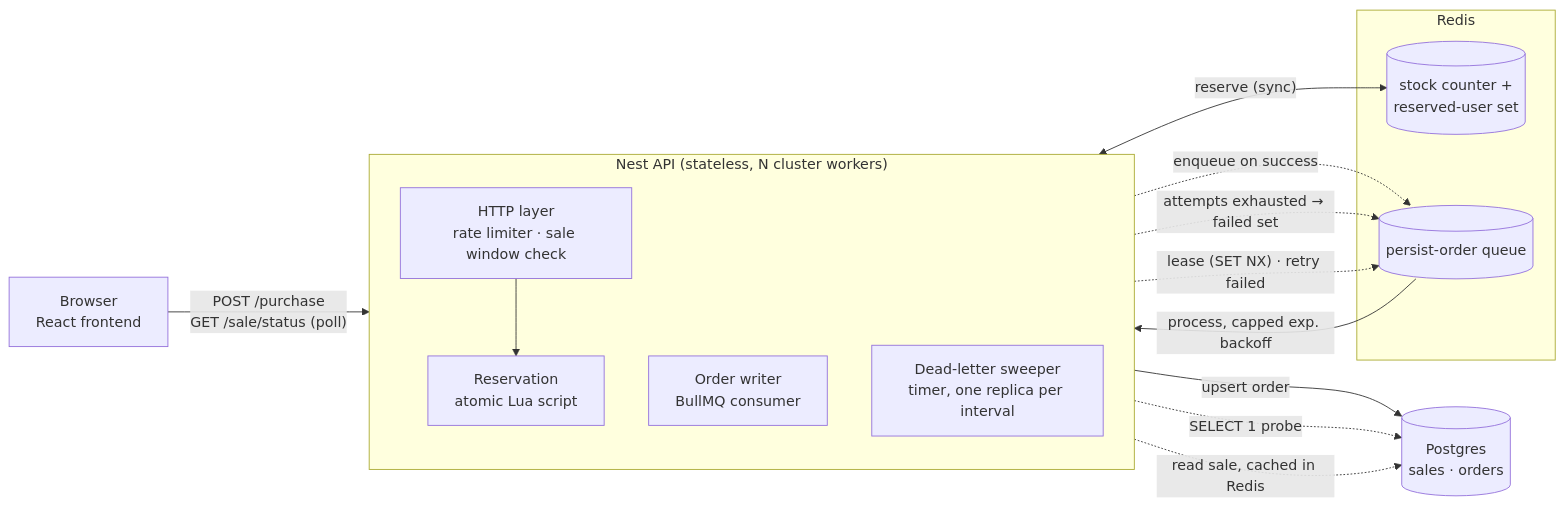
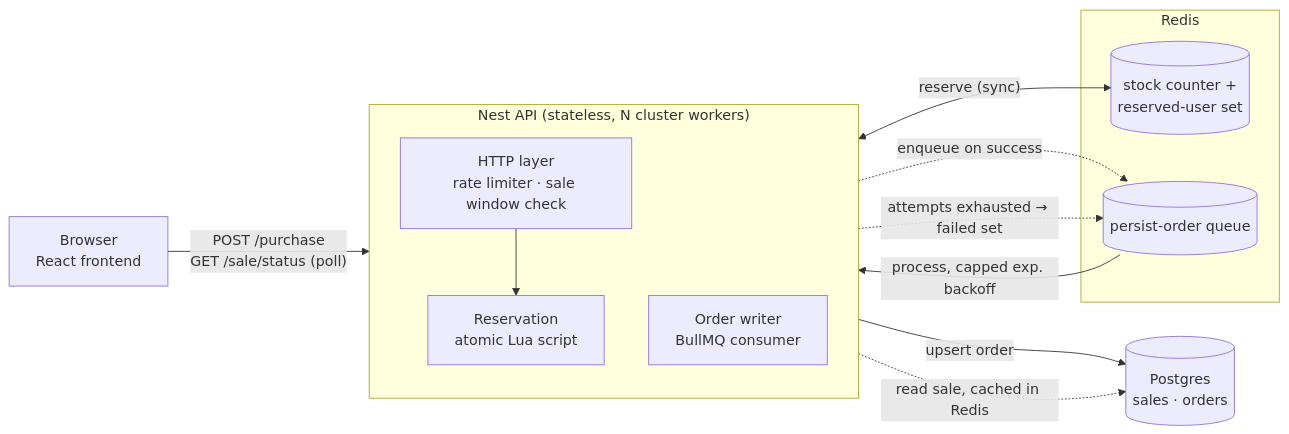
Before and after one commit to sloonzz/flash-sale-exercise: the first of 2 diagrams in README.md, drawn with Mermaid. The commit also changed other lines of this file and 14 other files, not shown here.

Commit message:
Remove dead-letter; Improve readme

````diff
--- a/README.md
+++ b/README.md
@@ -94,30 +96,27 @@
 ```mermaid
 flowchart LR
     FE["Browser<br/>React frontend"]
 
     subgraph api["Nest API (stateless, N cluster workers)"]
         direction TB
         HTTP["HTTP layer<br/>rate limiter · sale window check"]
         RES["Reservation<br/>atomic Lua script"]
         CONS["Order writer<br/>BullMQ consumer"]
-        SWEEP["Dead-letter sweeper<br/>timer, one replica per interval"]
         HTTP --> RES
     end
 
     subgraph redis["Redis"]
         STOCK[("stock counter +<br/>reserved-user set")]
         QUEUE[("persist-order queue")]
     end
 
     PG[("Postgres<br/>sales · orders")]
 
     FE -->|"POST /purchase<br/>GET /sale/status (poll)"| HTTP
     RES <-->|"reserve (sync)"| STOCK
     RES -.->|"enqueue on success"| QUEUE
     QUEUE -->|"process, capped exp. backoff"| CONS
     CONS -->|"upsert order"| PG
     CONS -.->|"attempts exhausted → failed set"| QUEUE
-    SWEEP -.->|"lease (SET NX) · retry failed"| QUEUE
-    SWEEP -.->|"SELECT 1 probe"| PG
     HTTP -.->|"read sale, cached in Redis"| PG
 ```
````
